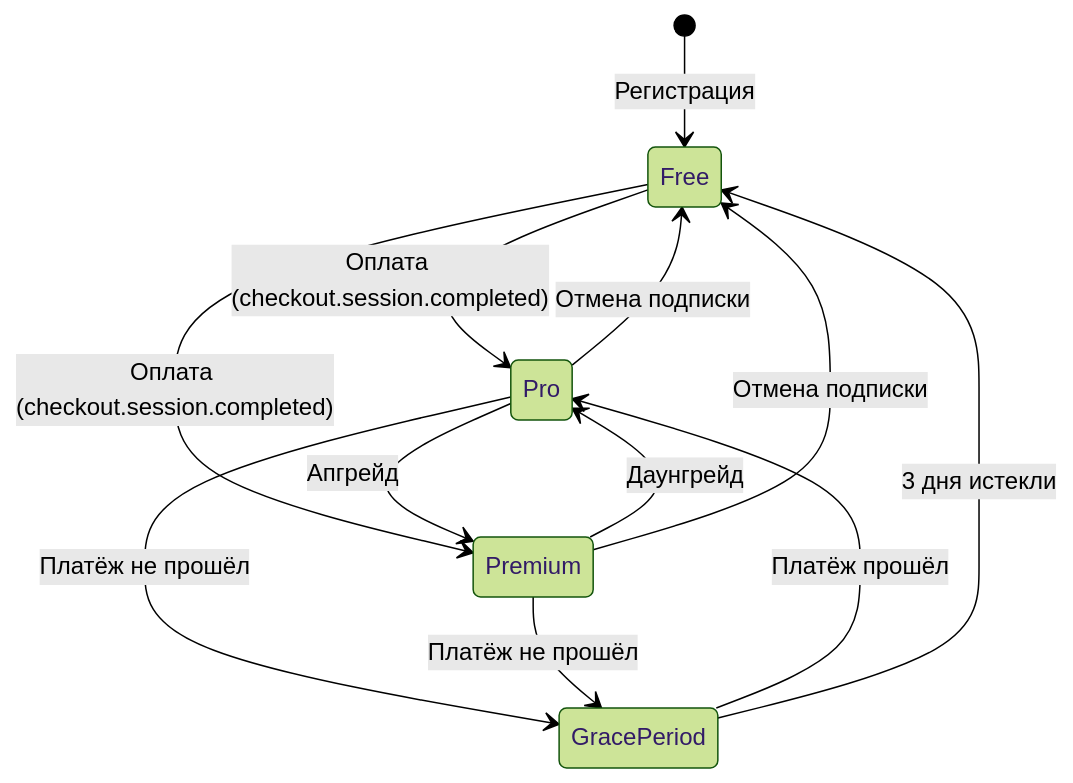
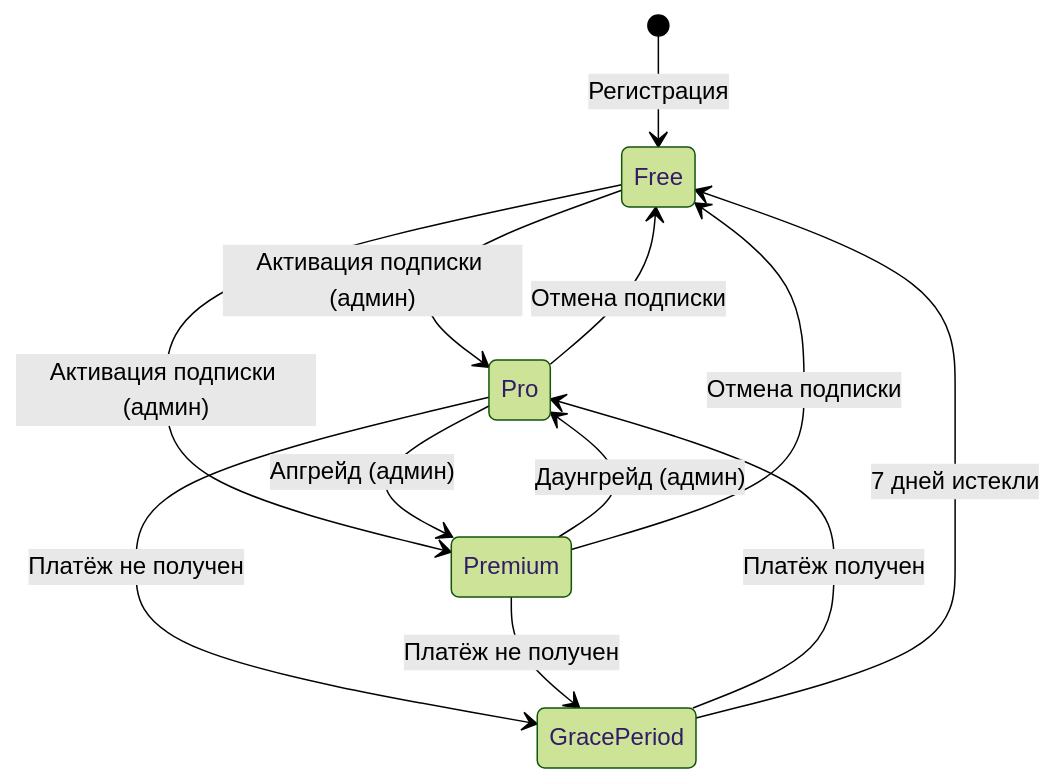
The first of 7 diagrams in docs/AUTH.md (vadagama/jazz-trainer), drawn with Mermaid (forest theme) before and after one commit. The commit also changed other lines of this file and 49 other files, not shown here.

````diff
--- a/docs/AUTH.md
+++ b/docs/AUTH.md
@@ -232,14 +213,14 @@
 ```mermaid
 stateDiagram-v2
     [*] --> Free: Регистрация
-    Free --> Pro: Оплата (checkout.session.completed)
-    Free --> Premium: Оплата (checkout.session.completed)
-    Pro --> Premium: Апгрейд
-    Premium --> Pro: Даунгрейд
-    Pro --> GracePeriod: Платёж не прошёл
-    Premium --> GracePeriod: Платёж не прошёл
-    GracePeriod --> Pro: Платёж прошёл
-    GracePeriod --> Free: 3 дня истекли
+    Free --> Pro: Активация подписки (админ)
+    Free --> Premium: Активация подписки (админ)
+    Pro --> Premium: Апгрейд (админ)
+    Premium --> Pro: Даунгрейд (админ)
+    Pro --> GracePeriod: Платёж не получен
+    Premium --> GracePeriod: Платёж не получен
+    GracePeriod --> Pro: Платёж получен
+    GracePeriod --> Free: 7 дней истекли
     Pro --> Free: Отмена подписки
     Premium --> Free: Отмена подписки
 ```
````
